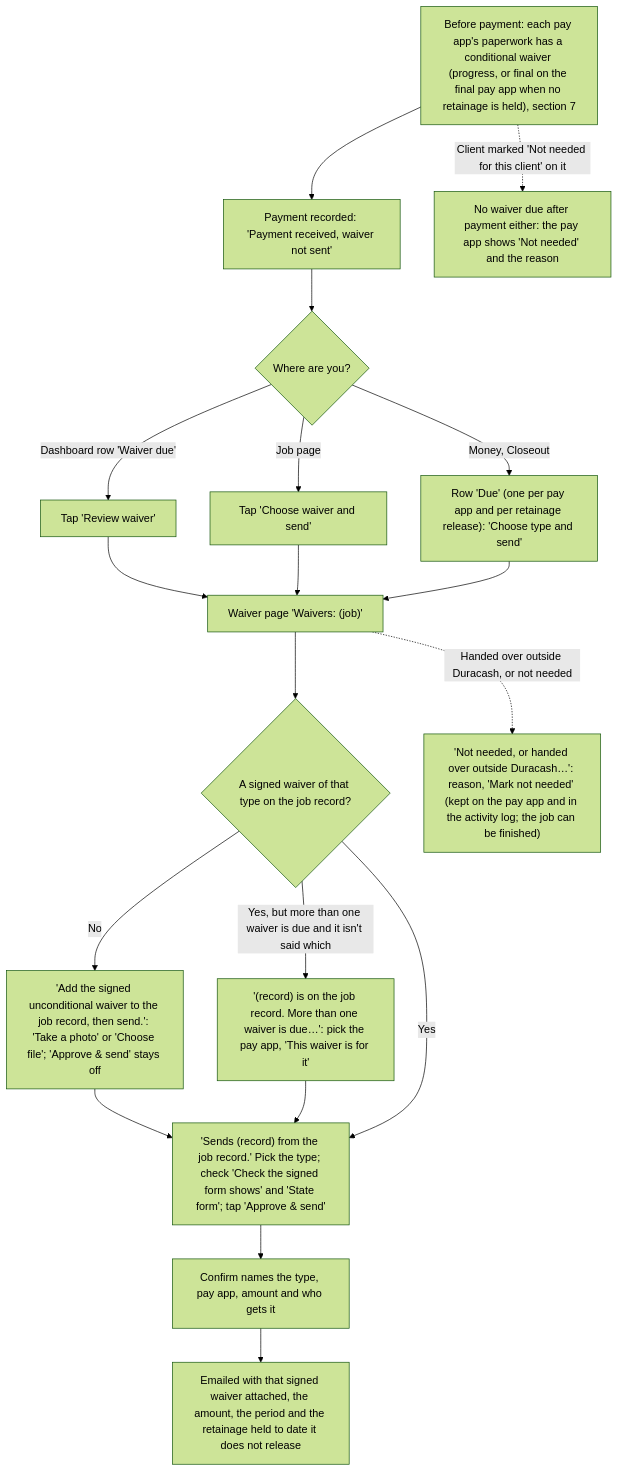
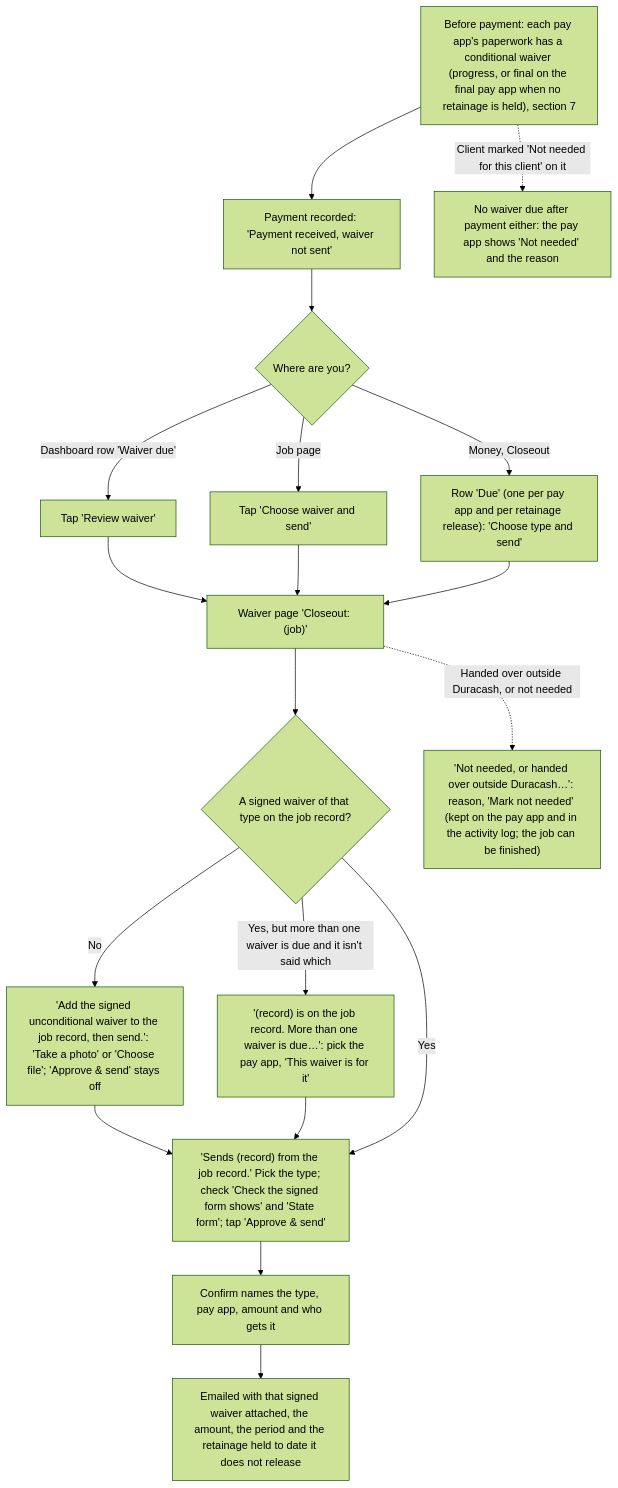
One commit to cartwrightstephen/billdable changed diagram 11 of 16 in docs/client-flows.md. Above: the diagram before and after it, drawn with Mermaid (forest theme). The commit also changed other lines of this file and 23 other files, not shown here.

````diff
--- a/docs/client-flows.md
+++ b/docs/client-flows.md
@@ -436,21 +436,21 @@
 ```mermaid
 flowchart TD
     A0["Before payment: each pay app's paperwork has a conditional waiver (progress, or final on the final pay app when no retainage is held), section 7"] --> A
     A0 -.->|"Client marked 'Not needed for this client' on it"| AN["No waiver due after payment either: the pay app shows 'Not needed' and the reason"]
     A["Payment recorded: 'Payment received, waiver not sent'"] --> B{"Where are you?"}
     B -->|"Dashboard row 'Waiver due'"| C["Tap 'Review waiver'"]
     B -->|"Job page"| C2["Tap 'Choose waiver and send'"]
     B -->|"Money, Closeout"| C3["Row 'Due' (one per pay app and per retainage release): 'Choose type and send'"]
-    C --> D["Waiver page 'Waivers: (job)'"]
+    C --> D["Waiver page 'Closeout: (job)'"]
     C2 --> D
     C3 --> D
     D --> E{"A signed waiver of that type on the job record?"}
     E -->|"No"| E1["'Add the signed unconditional waiver to the job record, then send.': 'Take a photo' or 'Choose file'; 'Approve & send' stays off"]
     E1 --> F
     E -->|"Yes, but more than one waiver is due and it isn't said which"| EW["'(record) is on the job record. More than one waiver is due…': pick the pay app, 'This waiver is for it'"]
     EW --> F
     E -->|"Yes"| F["'Sends (record) from the job record.' Pick the type; check 'Check the signed form shows' and 'State form'; tap 'Approve & send'"]
     D -.->|"Handed over outside Duracash, or not needed"| NN["'Not needed, or handed over outside Duracash…': reason, 'Mark not needed' (kept on the pay app and in the activity log; the job can be finished)"]
     F --> G["Confirm names the type, pay app, amount and who gets it"]
     G --> I["Emailed with that signed waiver attached, the amount, the period and the retainage held to date it does not release"]
 ```
````
